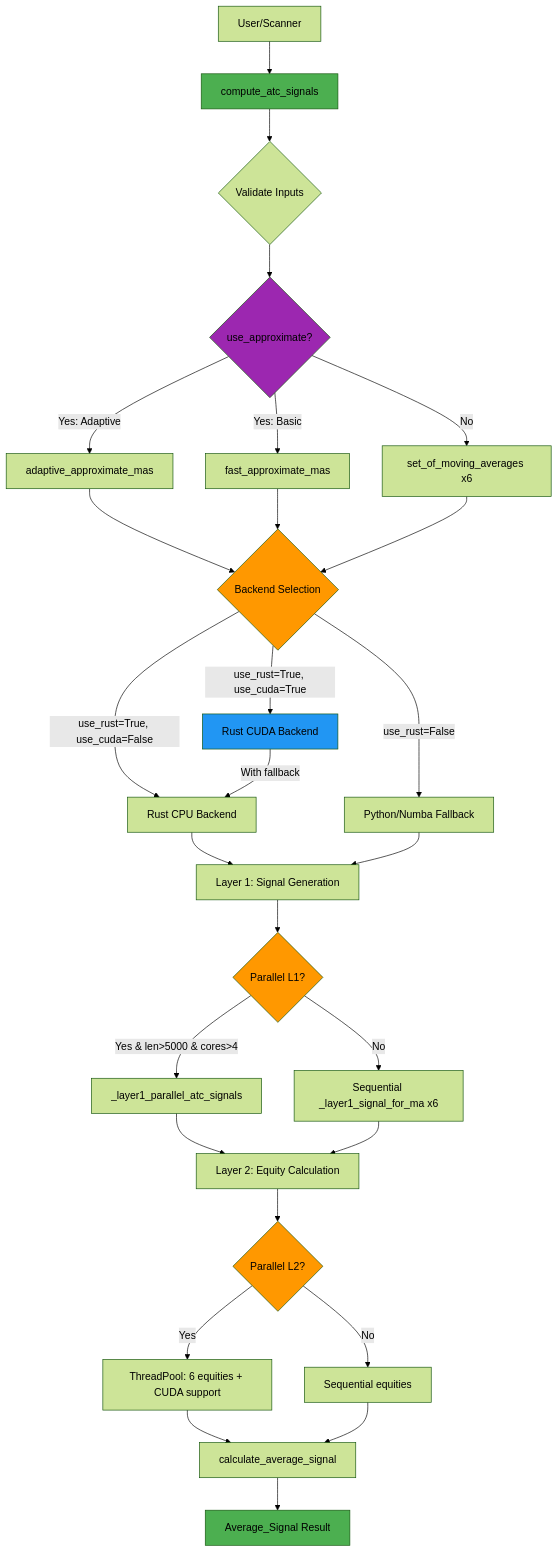
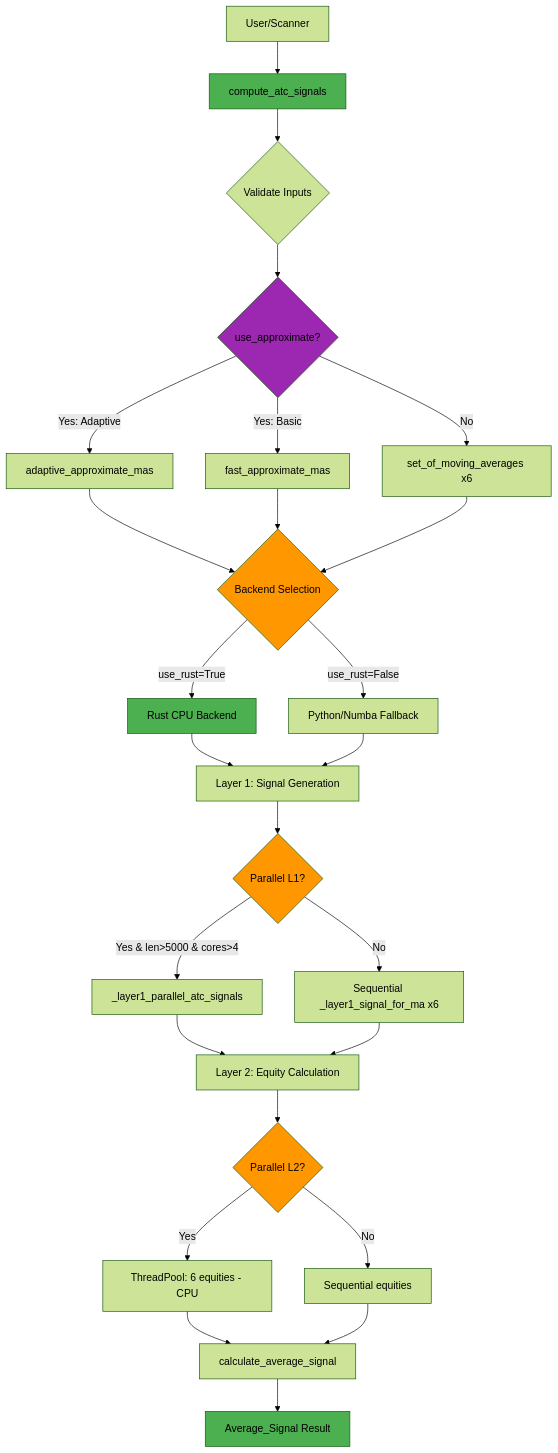
One commit to Nguyenthang2292/Sovereign-IQ changed the first of 11 diagrams in modules/adaptive_trend_LTS_mini/docs/optimization_flow_diagram.md. Above: the diagram before and after it, drawn with Mermaid (forest theme). The commit also changed other lines of this file and 167 other files, not shown here.

````diff
--- a/modules/adaptive_trend_LTS_mini/docs/optimization_flow_diagram.md
+++ b/modules/adaptive_trend_LTS_mini/docs/optimization_flow_diagram.md
@@ -14,46 +16,44 @@
 ```mermaid
 graph TD
     A[User/Scanner] --> B[compute_atc_signals]
     B --> C{Validate Inputs}
     C --> D{use_approximate?}
 
     D -->|Yes: Adaptive| E1[adaptive_approximate_mas]
     D -->|Yes: Basic| E2[fast_approximate_mas]
     D -->|No| E3[set_of_moving_averages x6]
 
     E1 --> F{Backend Selection}
     E2 --> F
     E3 --> F
 
-    F -->|use_rust=True, use_cuda=True| G1[Rust CUDA Backend]
-    F -->|use_rust=True, use_cuda=False| G2[Rust CPU Backend]
+    F -->|use_rust=True| G2[Rust CPU Backend]
     F -->|use_rust=False| G3[Python/Numba Fallback]
 
-    G1 -->|With fallback| G2
     G2 --> H[Layer 1: Signal Generation]
     G3 --> H
 
     H --> I{Parallel L1?}
     I -->|Yes & len>5000 & cores>4| J[_layer1_parallel_atc_signals]
     I -->|No| K[Sequential _layer1_signal_for_ma x6]
 
     J --> L[Layer 2: Equity Calculation]
     K --> L
 
     L --> M{Parallel L2?}
-    M -->|Yes| N[ThreadPool: 6 equities + CUDA support]
+    M -->|Yes| N[ThreadPool: 6 equities - CPU]
     M -->|No| O[Sequential equities]
 
     N --> P[calculate_average_signal]
     O --> P
 
     P --> Q[Average_Signal Result]
 
     style B fill:#4CAF50
     style D fill:#9C27B0
     style F fill:#FF9800
-    style G1 fill:#2196F3
+    style G2 fill:#4CAF50
     style I fill:#FF9800
     style M fill:#FF9800
     style Q fill:#4CAF50
 ```
````
